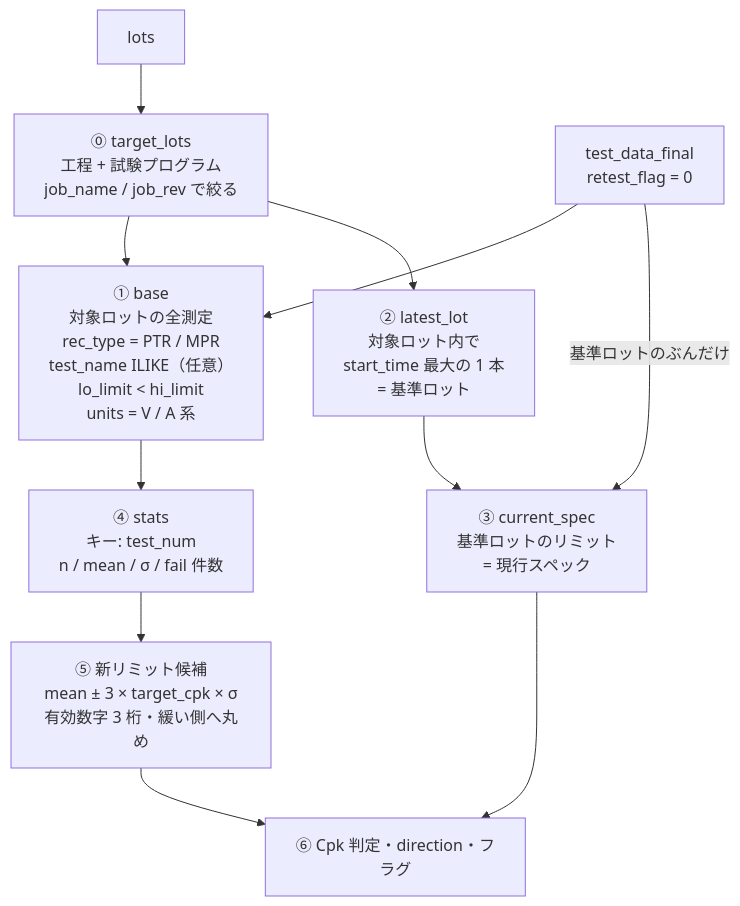
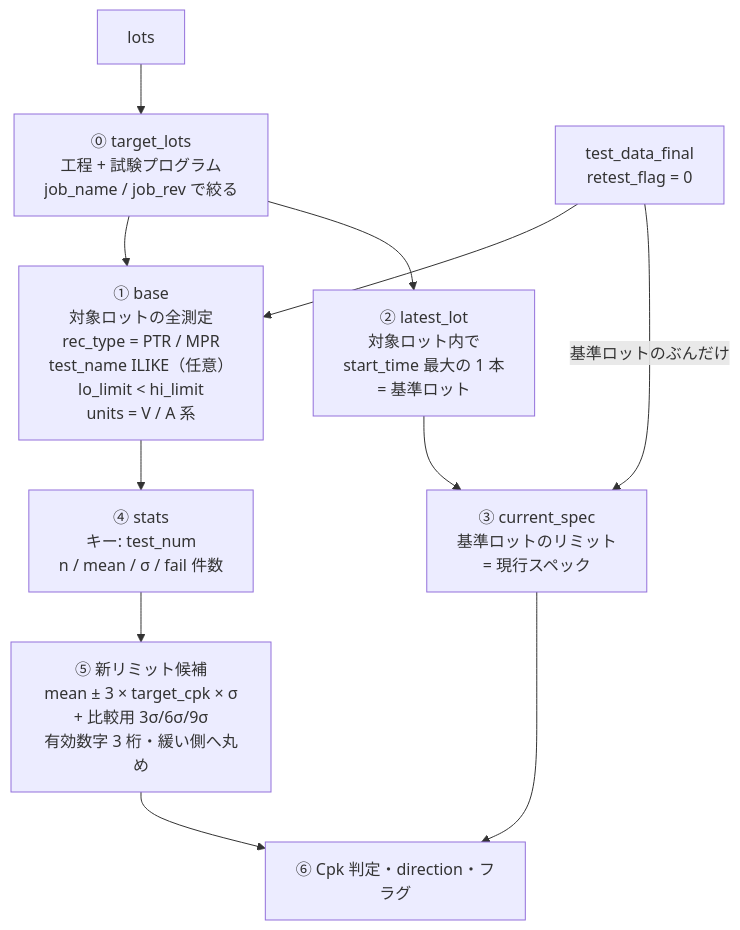
One commit to Kei0bb/STDF changed the first of 2 diagrams in docs/sample_queries.md. Above: the diagram before and after it, drawn with Mermaid. The commit also changed other lines of this file, not shown here.

````diff
--- a/docs/sample_queries.md
+++ b/docs/sample_queries.md
@@ -800,16 +800,16 @@
 ```mermaid
 flowchart TD
     LO["lots"] --> TL["⓪ target_lots<br/>工程 + 試験プログラム<br/>job_name / job_rev で絞る"]
     TD["test_data_final<br/>retest_flag = 0"] --> BASE
     TL --> BASE
     BASE["① base<br/>対象ロットの全測定<br/>rec_type = PTR / MPR<br/>test_name ILIKE（任意）<br/>lo_limit &lt; hi_limit<br/>units = V / A 系"]
 
     TL --> LL["② latest_lot<br/>対象ロット内で<br/>start_time 最大の 1 本<br/>= 基準ロット"]
     LL --> CS["③ current_spec<br/>基準ロットのリミット<br/>= 現行スペック"]
     TD -->|"基準ロットのぶんだけ"| CS
 
     BASE --> ST["④ stats<br/>キー: test_num<br/>n / mean / σ / fail 件数"]
-    ST --> CAND["⑤ 新リミット候補<br/>mean ± 3 × target_cpk × σ<br/>有効数字 3 桁・緩い側へ丸め"]
+    ST --> CAND["⑤ 新リミット候補<br/>mean ± 3 × target_cpk × σ<br/>+ 比較用 3σ/6σ/9σ<br/>有効数字 3 桁・緩い側へ丸め"]
     CS --> JUDGE["⑥ Cpk 判定・direction・フラグ"]
     CAND --> JUDGE
 ```
````
